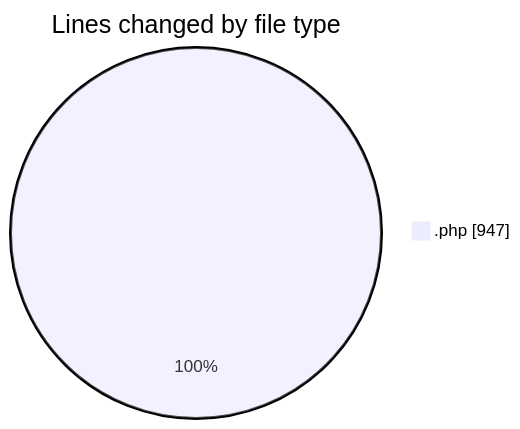
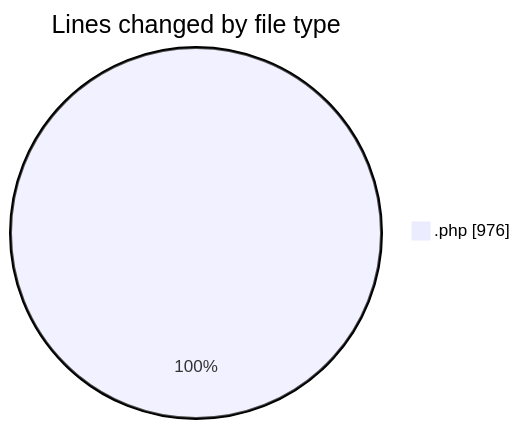
The first of 2 diagrams in 2026-07-30/untitled__workspace_/README.md (debugP/code-tracking), drawn with Mermaid before and after one commit. The commit also changed other lines of this file and 1 other file, not shown here.

````diff
--- a/2026-07-30/untitled__workspace_/README.md
+++ b/2026-07-30/untitled__workspace_/README.md
@@ -20,5 +20,5 @@
 ```mermaid
 pie showData
 title Lines changed by file type
-".php" : 947
+".php" : 976
 ```
````
